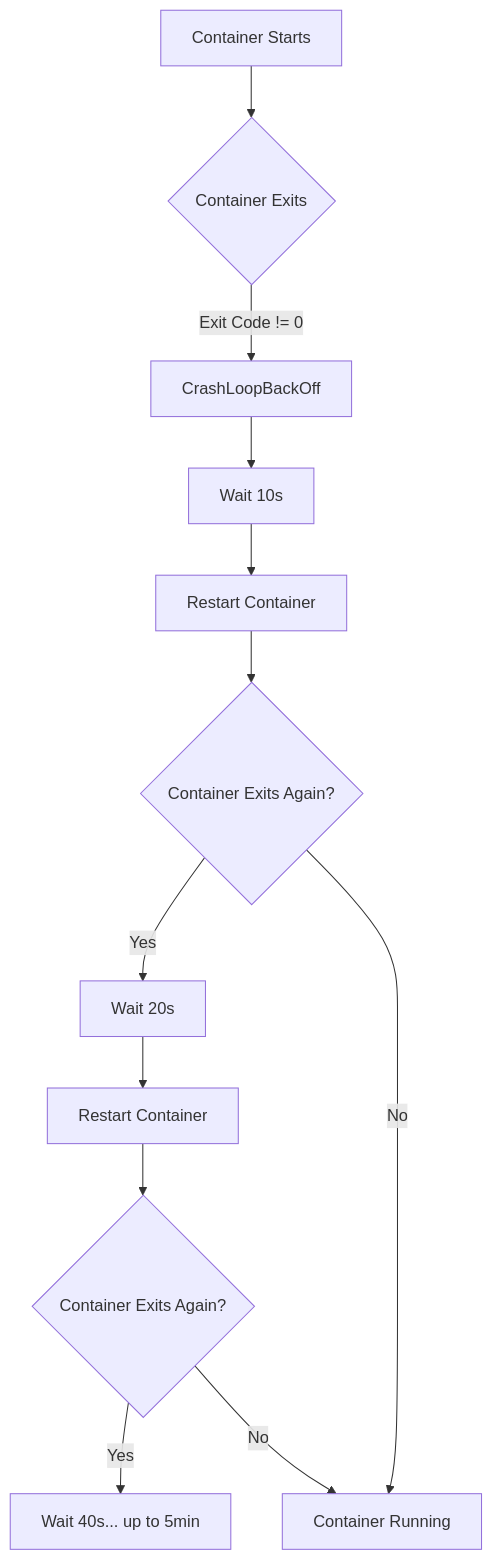
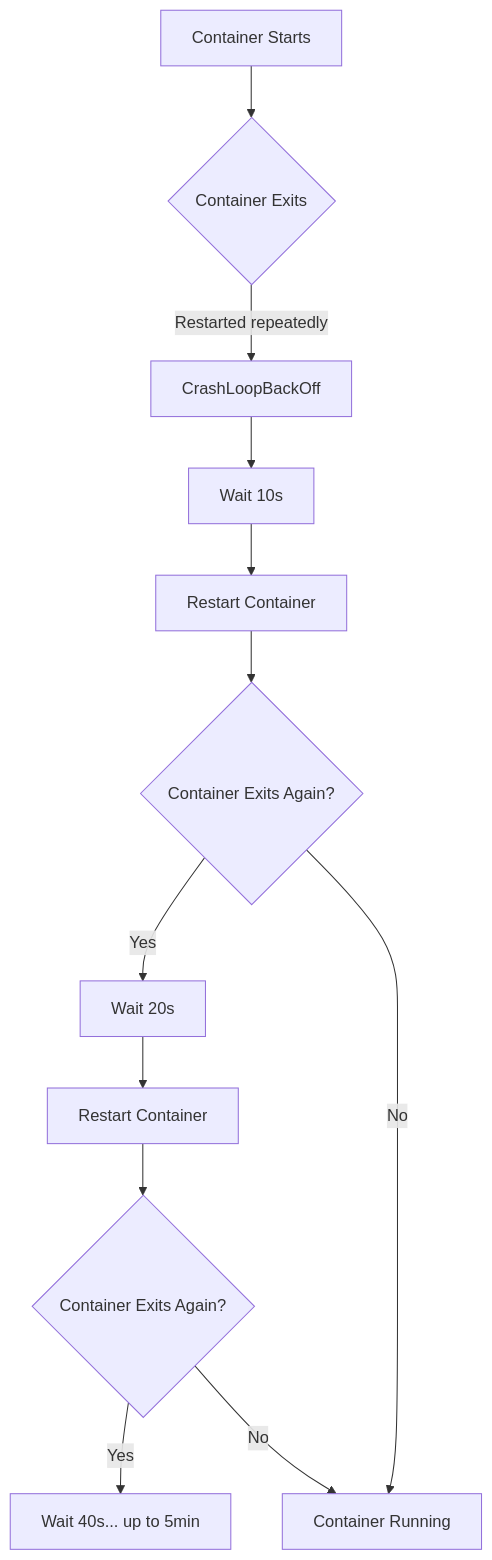
One commit to OneUptime/blog changed the first of 3 diagrams in posts/2026-02-20-kubernetes-debug-crashloopbackoff/README.md. Above: the diagram before and after it, drawn with Mermaid. The commit also changed other lines of this file and 2 other files, not shown here.

````diff
--- a/posts/2026-02-20-kubernetes-debug-crashloopbackoff/README.md
+++ b/posts/2026-02-20-kubernetes-debug-crashloopbackoff/README.md
@@ -17,14 +17,14 @@
 ```mermaid
 graph TD
     A[Container Starts] --> B{Container Exits}
-    B -->|Exit Code != 0| C[CrashLoopBackOff]
+    B -->|Restarted repeatedly| C[CrashLoopBackOff]
     C --> D[Wait 10s]
     D --> E[Restart Container]
     E --> F{Container Exits Again?}
     F -->|Yes| G[Wait 20s]
     G --> H[Restart Container]
     H --> I{Container Exits Again?}
     I -->|Yes| J[Wait 40s... up to 5min]
     F -->|No| K[Container Running]
     I -->|No| K
 ```
````
